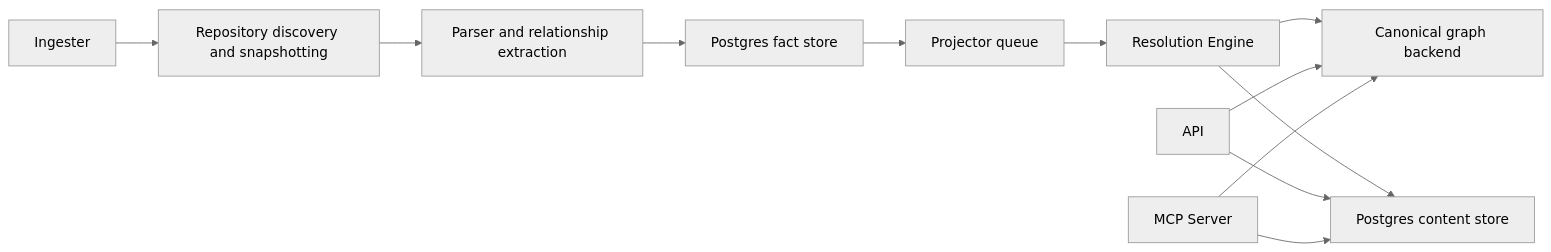
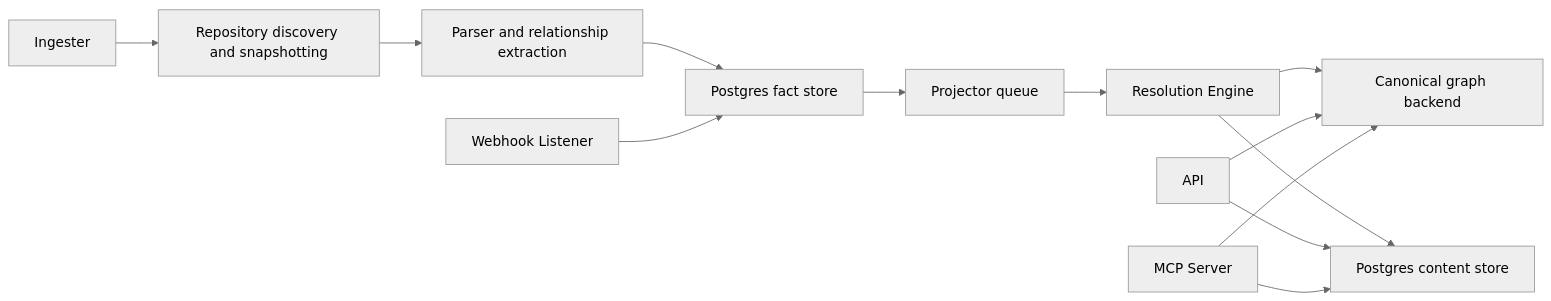
The first of 3 diagrams in docs/docs/architecture.md (eshu-hq/eshu), drawn with Mermaid (neutral theme) before and after one commit. The commit also changed other lines of this file and 47 other files, not shown here.

Commit message:
feat(webhook): add listener runtime and trigger handoff

````diff
--- a/docs/docs/architecture.md
+++ b/docs/docs/architecture.md
@@ -52,14 +54,15 @@
 ```mermaid
 flowchart LR
   A["Ingester"] --> B["Repository discovery and snapshotting"]
   B --> C["Parser and relationship extraction"]
   C --> D["Postgres fact store"]
   D --> E["Projector queue"]
   E --> F["Resolution Engine"]
   F --> G["Canonical graph backend"]
   F --> H["Postgres content store"]
+  W["Webhook Listener"] --> D
   I["API"] --> G
   I["API"] --> H
   J["MCP Server"] --> G
   J["MCP Server"] --> H
 ```
````
